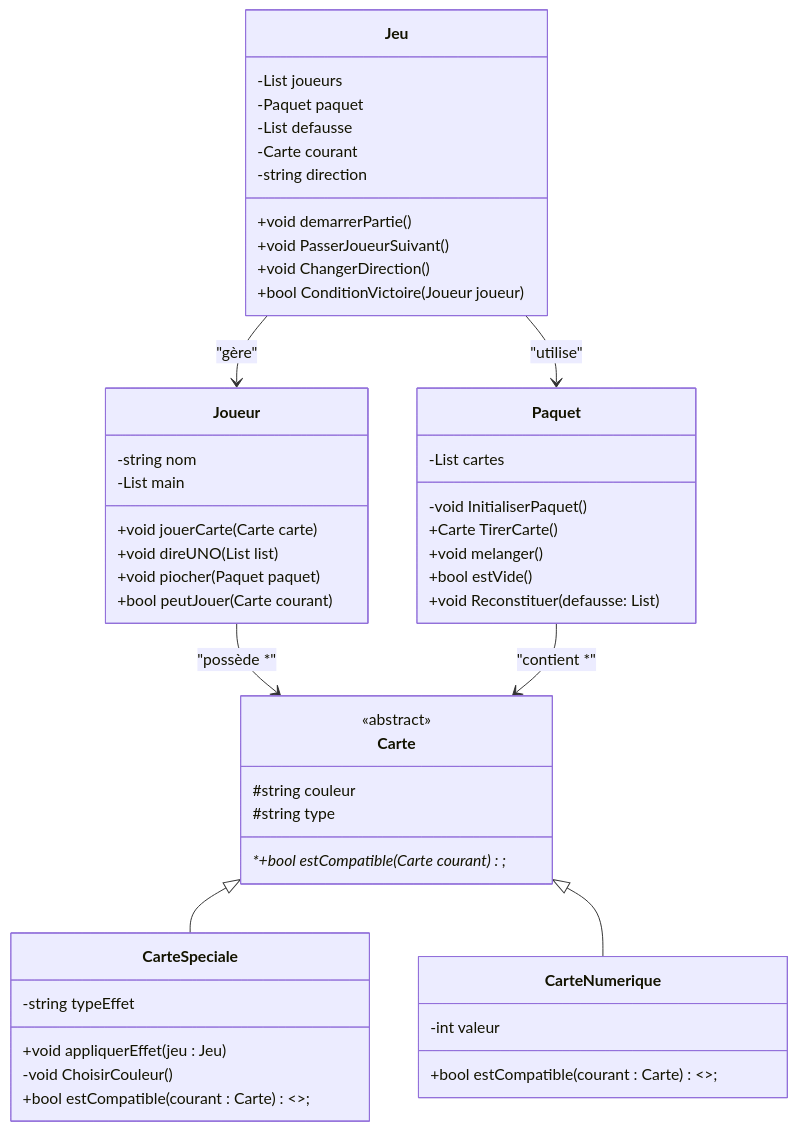
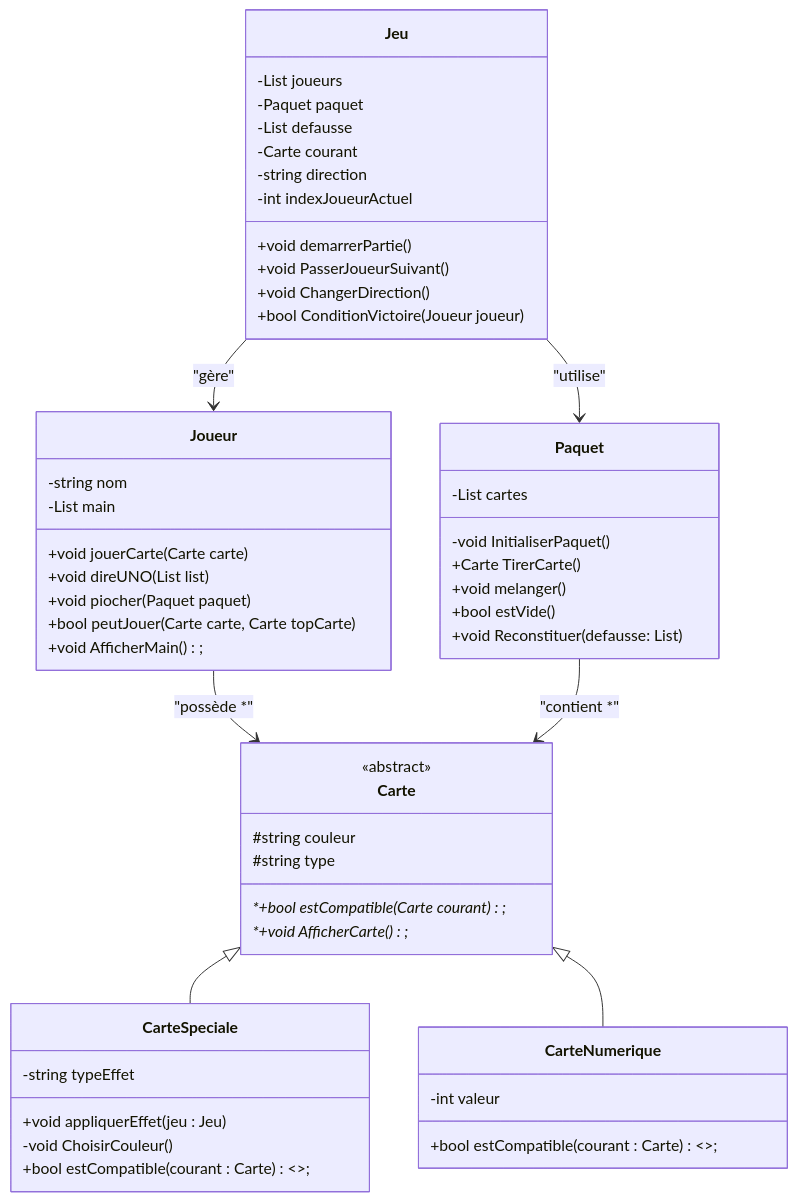
One commit to Lil-Code30/uno-game changed the diagram in README.md. Above: the diagram before and after it, drawn with Mermaid.

Commit message:
Update class diagram in README
Added indexJoueurActuel attribute to Partie, updated method signatures for peutJouer and added AfficherMain and AfficherCarte methods to relevant classes for improved documentation.

````diff
--- a/README.md
+++ b/README.md
@@ -26,64 +26,67 @@
 ```mermaid
 classDiagram
     class Jeu {
         -List<Joueur> joueurs
         -Paquet paquet
         -List<Carte> defausse
         -Carte courant
         -string direction
+        -int indexJoueurActuel
 
         +void demarrerPartie() 
         +void PasserJoueurSuivant()
         +void ChangerDirection()
         +bool ConditionVictoire(Joueur joueur )
     }
 
     class Joueur {
         -string nom 
         -List<Carte> main 
 
         +void jouerCarte(Carte carte) 
         +void direUNO(List<Carte> list)
         +void piocher(Paquet paquet) 
-        +bool peutJouer(Carte courant) 
+        +bool peutJouer(Carte carte, Carte topCarte) 
+        +void AfficherMain();
     }
 
     class Paquet {
         -List<Carte> cartes
 
         -void InitialiserPaquet()
         +Carte TirerCarte()
         +void melanger()
         +bool estVide()
         +void Reconstituer(defausse: List<Carte>)
     }
 
     class Carte {
         <<abstract>>
         #string couleur 
         #string type 
 
         *+bool estCompatible(Carte courant )*;
+        *+void AfficherCarte()*;
     }
 
     class CarteSpeciale {
         -string typeEffet
 
         +void appliquerEffet(jeu : Jeu)
         -void ChoisirCouleur()
         +bool estCompatible(courant : Carte) <<override>>;
     }
 
     class CarteNumerique {
         -int valeur
 
         +bool estCompatible(courant : Carte) <<override>>;
     }
 
     Jeu --> Joueur : "gère"
     Jeu --> Paquet : "utilise"
     Joueur --> Carte : "possède *"
     Paquet --> Carte : "contient *"
     Carte <|-- CarteSpeciale
     Carte <|-- CarteNumerique
 ```
````
